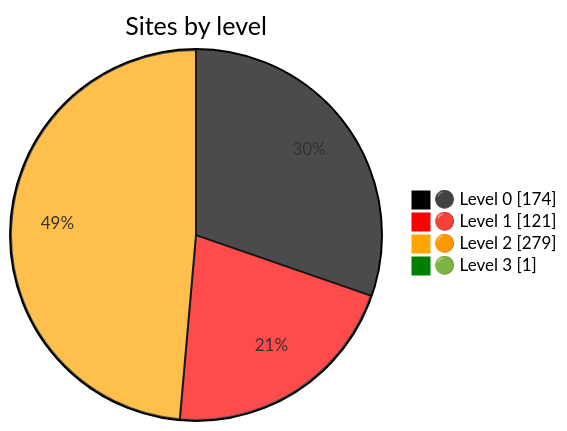
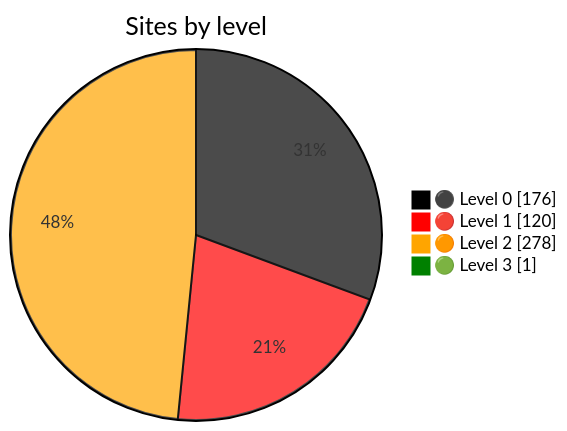
One commit to nuuuwan/gov_lk_web_auditor changed the diagram in README.md. Above: the diagram before and after it, drawn with Mermaid. The commit also changed other lines of this file and 2605 other files, not shown here.

````diff
--- a/README.md
+++ b/README.md
@@ -24,9 +24,9 @@
 ```mermaid
 %%{init: {"themeVariables":{"pie1":"black","pie2":"red","pie3":"orange","pie4":"green"}}}%%
 pie showData
     title Sites by level
-    "⚫ Level 0" : 174
-    "🔴 Level 1" : 121
-    "🟠 Level 2" : 279
+    "⚫ Level 0" : 176
+    "🔴 Level 1" : 120
+    "🟠 Level 2" : 278
     "🟢 Level 3" : 1
 ```
````
